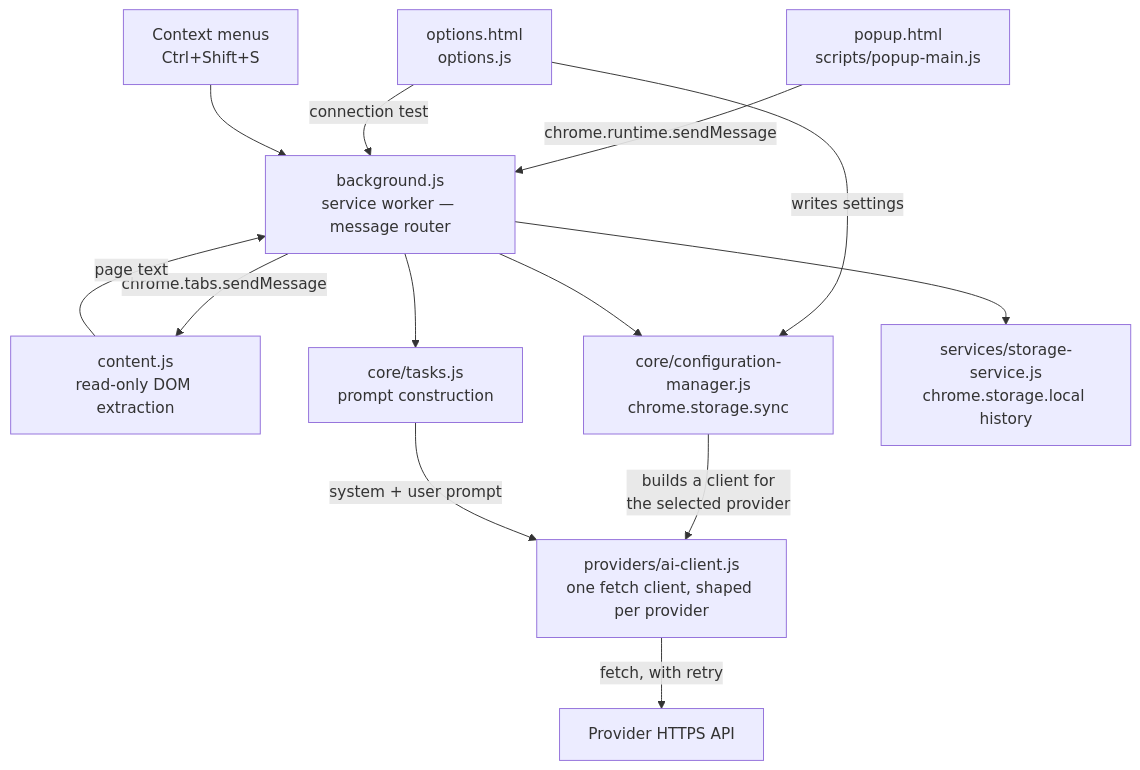
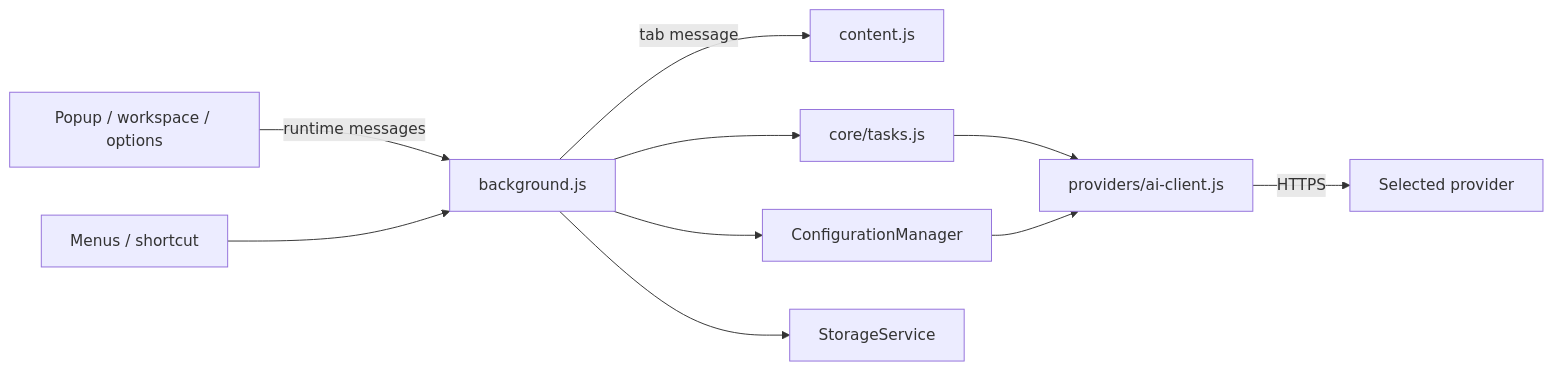
One commit to aaron-seq/GenAI-Browser-Tool changed the diagram in docs/DEVELOPMENT.md. Above: the diagram before and after it, drawn with Mermaid. The commit also changed other lines of this file and 11 other files, not shown here.

````diff
--- a/docs/DEVELOPMENT.md
+++ b/docs/DEVELOPMENT.md
@@ -12,26 +9,12 @@
 ```mermaid
-flowchart TD
-    popup["popup.html<br/>scripts/popup-main.js"]
-    options["options.html<br/>options.js"]
-    menus["Context menus<br/>Ctrl+Shift+S"]
-    bg["background.js<br/>service worker — message router"]
-    content["content.js<br/>read-only DOM extraction"]
-    config["core/configuration-manager.js<br/>chrome.storage.sync"]
-    tasks["core/tasks.js<br/>prompt construction"]
-    client["providers/ai-client.js<br/>one fetch client, shaped per provider"]
-    store["services/storage-service.js<br/>chrome.storage.local history"]
-    api["Provider HTTPS API"]
-
-    popup -->|chrome.runtime.sendMessage| bg
-    options -->|writes settings| config
-    options -->|connection test| bg
-    menus --> bg
-    bg -->|chrome.tabs.sendMessage| content
-    content -->|page text| bg
-    bg --> config
-    bg --> tasks
-    config -->|builds a client for<br/>the selected provider| client
-    tasks -->|system + user prompt| client
-    client -->|fetch, with retry| api
-    bg --> store
+flowchart LR
+    UI["Popup / workspace / options"] -->|runtime messages| Worker["background.js"]
+    Menu["Menus / shortcut"] --> Worker
+    Worker -->|tab message| Content["content.js"]
+    Worker --> Config["ConfigurationManager"]
+    Worker --> Tasks["core/tasks.js"]
+    Tasks --> Client["providers/ai-client.js"]
+    Config --> Client
+    Client -->|HTTPS| API["Selected provider"]
+    Worker --> History["StorageService"]
 ```
````
